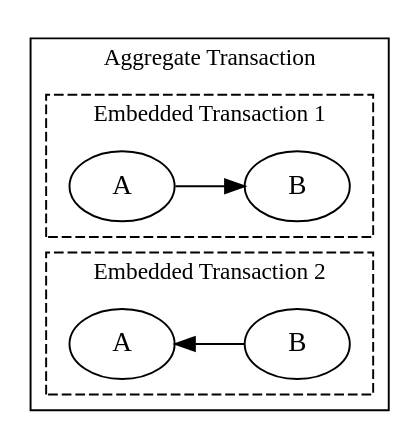
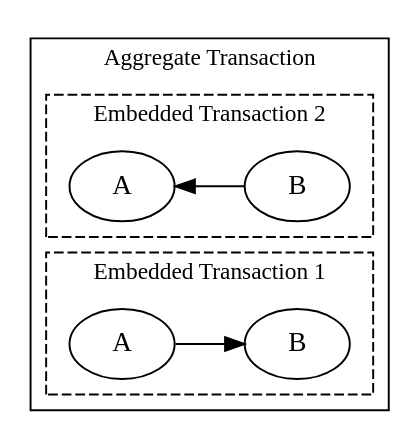
The second of 3 diagrams in mkdocs/pages/en/textbook/transactions.md (symbol/symbol), drawn with Graphviz before and after one commit. The commit also changed other lines of this file and 9 other files, not shown here.

First line of the commit message:
[mkdocs] fix: proper order of graph clusters

````diff
--- a/mkdocs/pages/en/textbook/transactions.md
+++ b/mkdocs/pages/en/textbook/transactions.md
@@ -64,26 +64,26 @@
     ```dot
     digraph {
         rankdir="LR";
         fontsize=12;
         subgraph clusterAggregate {
             label = "Aggregate Transaction";
             tooltip = "Aggregate Transaction";
+            subgraph clusterT2 {
+                label = "Embedded Transaction 2";
+                tooltip = "Embedded Transaction 2";
+                style = dashed;
+                A2 [label="A" tooltip="A"];
+                B2 [label="B" tooltip="B"];
+                A2 -> B2 [dir=back];
+            }
             subgraph clusterT1 {
                 label = "Embedded Transaction 1";
                 tooltip = "Embedded Transaction 1";
                 style = dashed;
                 A1 [label="A" tooltip="A"];
                 B1 [label="B" tooltip="B"];
                 A1 -> B1;
             }
-            subgraph clusterT2 {
-                label = "Embedded Transaction 2";
-                tooltip = "Embedded Transaction 2";
-                style = dashed;
-                A2 [label="A" tooltip="A"];
-                B2 [label="B" tooltip="B"];
-                A2 -> B2 [dir=back];
-            }
         }
     }
     ```
````
